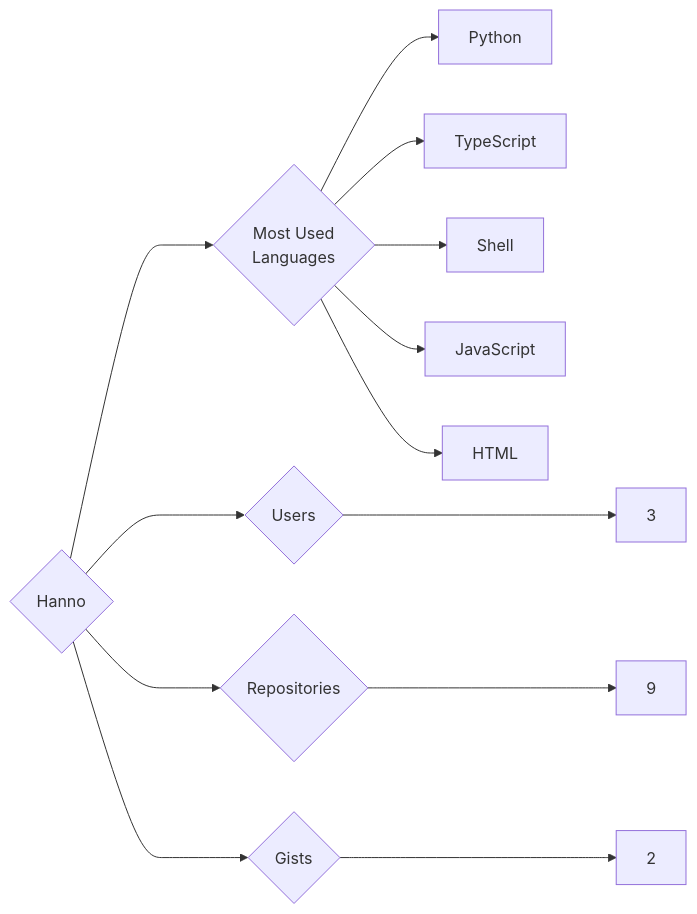
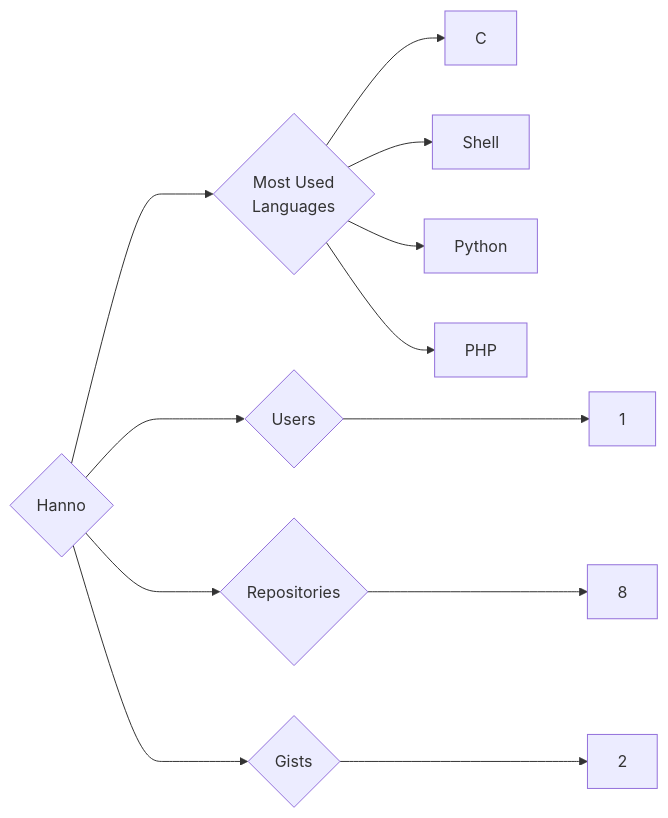
Before and after one commit to trickest/insiders: the diagram in targets/Hanno/README.md, drawn with Mermaid. The commit also changed 847 other files, not shown here.

````diff
--- a/targets/Hanno/README.md
+++ b/targets/Hanno/README.md
@@ -3,13 +3,12 @@
 ```mermaid
 graph LR
 COMPANY_NAME{Hanno}
-COMPANY_NAME ---> U{Users} ---> UN[3]
-COMPANY_NAME ---> R{Repositories} ---> RN[9]
+COMPANY_NAME ---> U{Users} ---> UN[1]
+COMPANY_NAME ---> R{Repositories} ---> RN[8]
 COMPANY_NAME ---> G{Gists} ---> GN[2]
 COMPANY_NAME ---> ML{Most Used<br>Languages}
+ML --> C[C]
+ML --> Shell[Shell]
 ML --> Python[Python]
-ML --> TypeScript[TypeScript]
-ML --> Shell[Shell]
-ML --> JavaScript[JavaScript]
-ML --> HTML[HTML]
+ML --> PHP[PHP]
 ```
````
